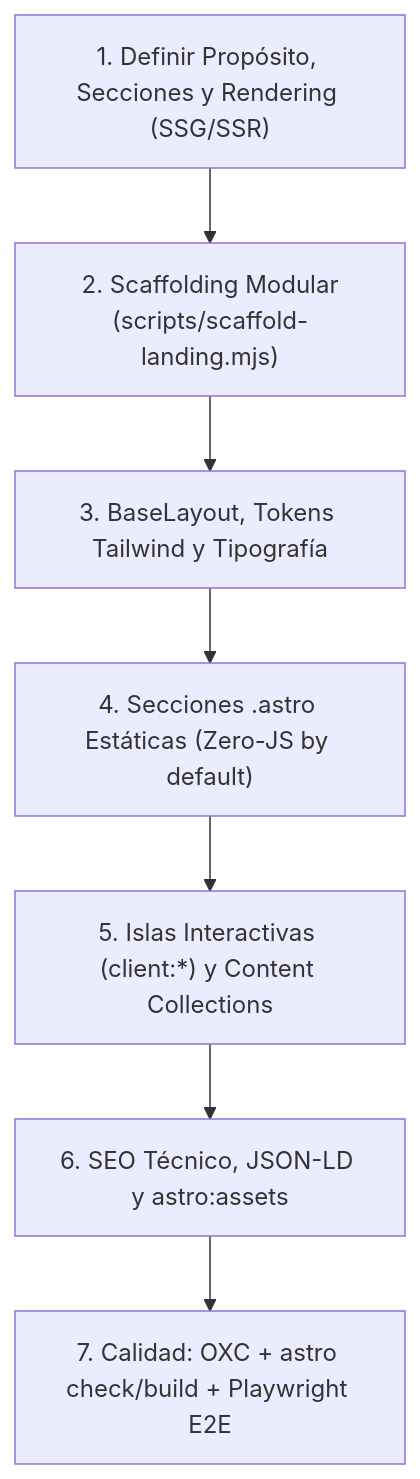
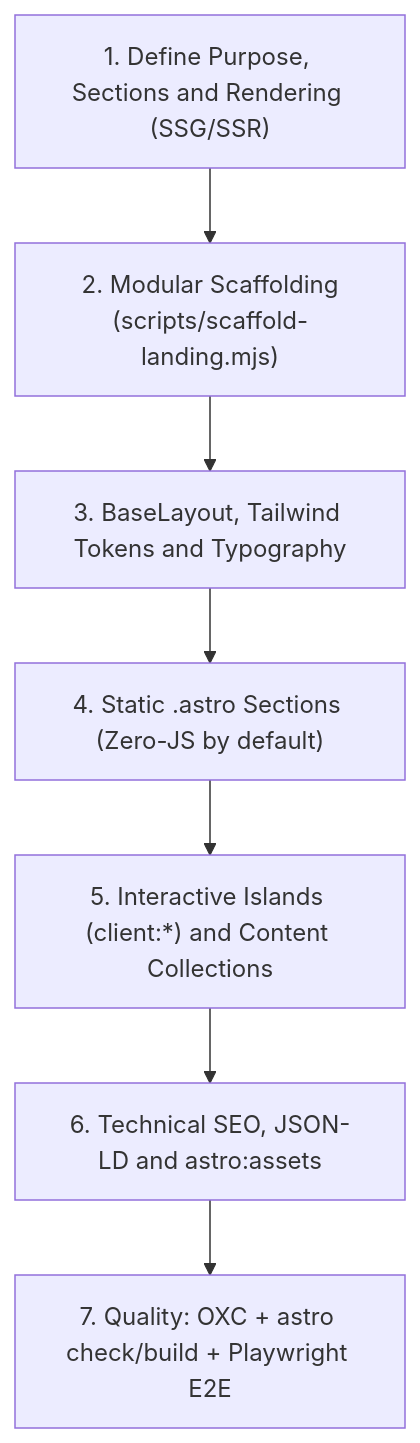
The diagram in skills/architecture/astro-architecture/SKILL.md (bryanus1/agent-skills), drawn with Mermaid before and after one commit. The commit also changed other lines of this file and 55 other files, not shown here.

First line of the commit message:
docs(architecture): translate the architecture skills to English (#31)

````diff
--- a/skills/architecture/astro-architecture/SKILL.md
+++ b/skills/architecture/astro-architecture/SKILL.md
@@ -44,9 +46,9 @@
 ```mermaid
 flowchart TD
-    A["1. Definir Propósito, Secciones y Rendering (SSG/SSR)"] --> B["2. Scaffolding Modular\n(scripts/scaffold-landing.mjs)"]
-    B --> C["3. BaseLayout, Tokens Tailwind y Tipografía"]
-    C --> D["4. Secciones .astro Estáticas (Zero-JS by default)"]
-    D --> E["5. Islas Interactivas (client:*) y Content Collections"]
-    E --> F["6. SEO Técnico, JSON-LD y astro:assets"]
-    F --> G["7. Calidad: OXC + astro check/build + Playwright E2E"]
+    A["1. Define Purpose, Sections and Rendering (SSG/SSR)"] --> B["2. Modular Scaffolding\n(scripts/scaffold-landing.mjs)"]
+    B --> C["3. BaseLayout, Tailwind Tokens and Typography"]
+    C --> D["4. Static .astro Sections (Zero-JS by default)"]
+    D --> E["5. Interactive Islands (client:*) and Content Collections"]
+    E --> F["6. Technical SEO, JSON-LD and astro:assets"]
+    F --> G["7. Quality: OXC + astro check/build + Playwright E2E"]
 ```
````
